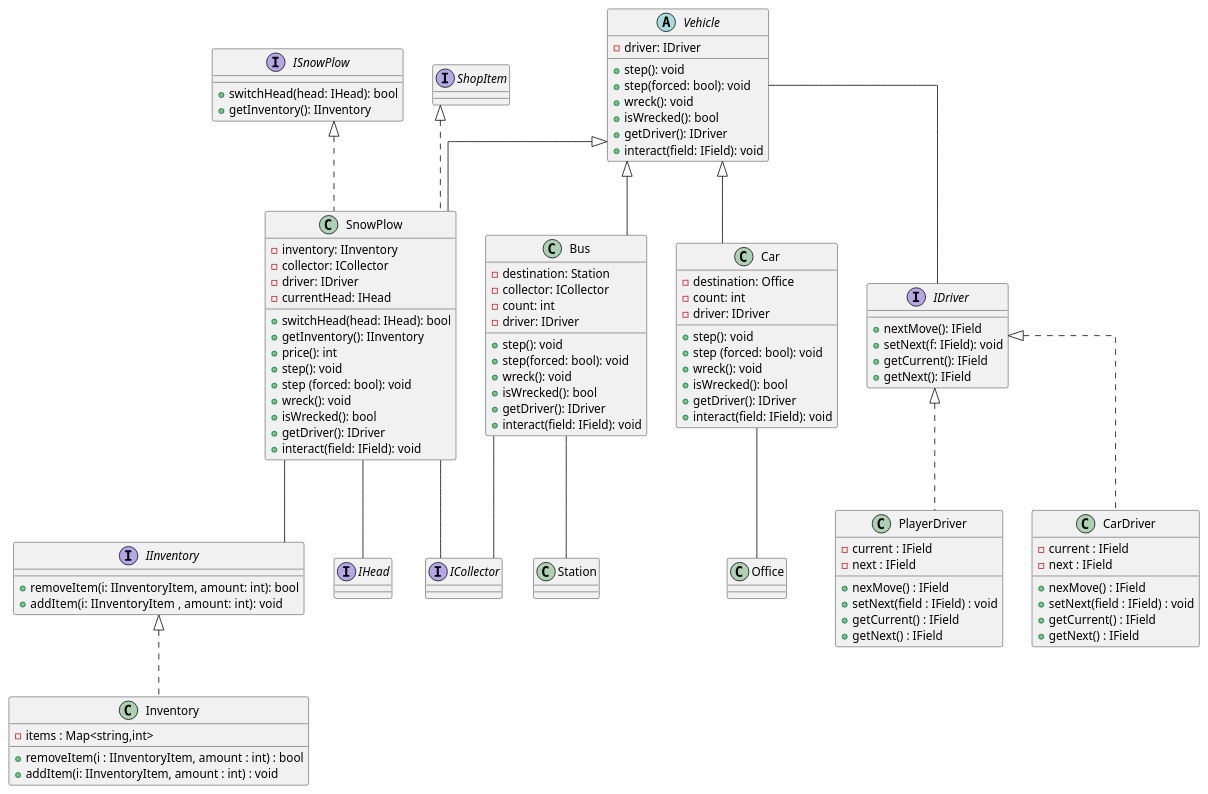
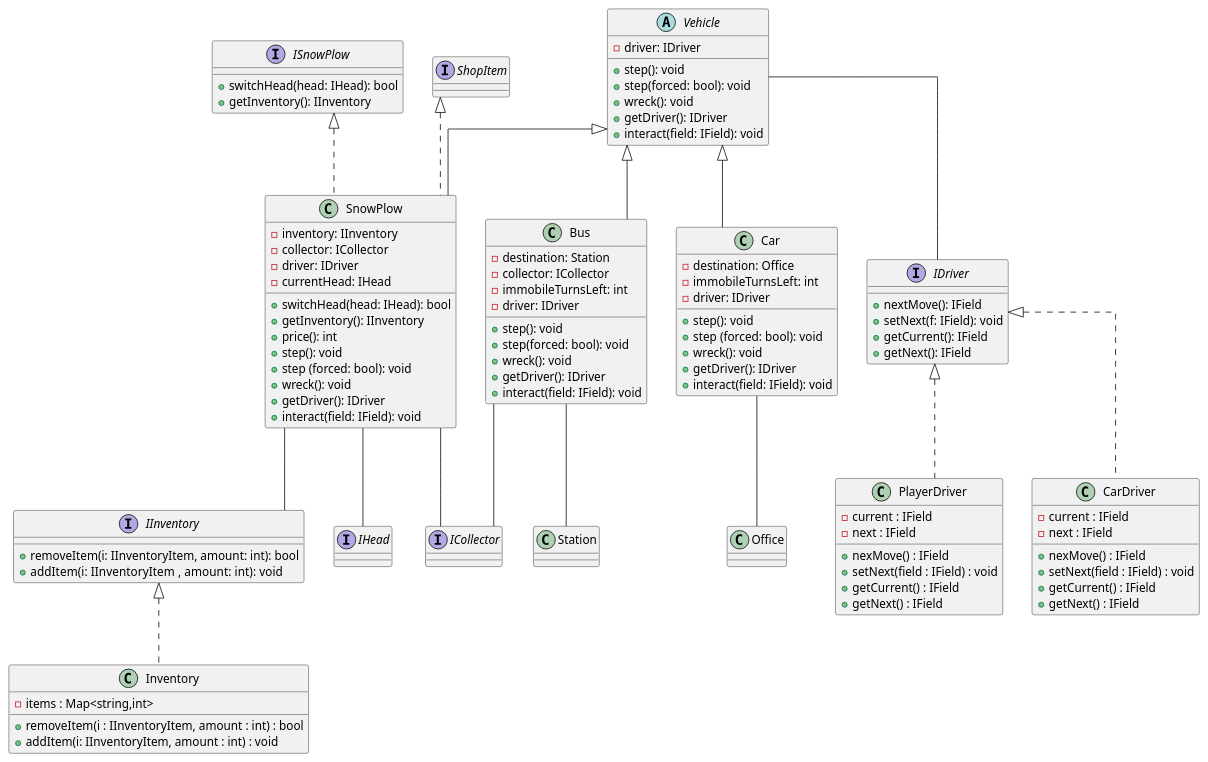
One commit to uhrinandor/spring changed the diagram in docs/analizis1/classdiagram/4.plantuml. Above: the diagram before and after it, drawn with PlantUML. The commit also changed 2 other files, not shown here.

Commit message:
class-diagram fix

```diff
--- a/docs/analizis1/classdiagram/4.plantuml
+++ b/docs/analizis1/classdiagram/4.plantuml
@@ -1,117 +1,113 @@
 @startuml "fields"
 skinparam linetype ortho
 
 interface "ICollector"
 interface "IHead"
 
   interface IDriver{
        + nextMove(): IField
        + setNext(f: IField): void
        + getCurrent(): IField
        + getNext(): IField
 }
 
    abstract class Vehicle {
        - driver: IDriver
        + step(): void
        + step(forced: bool): void
        + wreck(): void
-       + isWrecked(): bool
        + getDriver(): IDriver
        + interact(field: IField): void
    }
 
     Vehicle -- IDriver
    
        interface IInventory{
            + removeItem(i: IInventoryItem, amount: int): bool
            + addItem(i: IInventoryItem  , amount: int): void
        }
 
   interface ISnowPlow{
            +switchHead(head: IHead): bool
            +getInventory(): IInventory
        }
        
     class SnowPlow extends Vehicle implements ISnowPlow, ShopItem
     {
     -inventory: IInventory
     -collector: ICollector
     -driver: IDriver
     -currentHead: IHead
     +switchHead(head: IHead): bool
     +getInventory(): IInventory
     +price(): int
     +step(): void
     +step (forced: bool): void
     +wreck(): void
-    +isWrecked(): bool
     +getDriver(): IDriver
     +interact(field: IField): void
     }
 
     SnowPlow -- IInventory
     SnowPlow -- ICollector
     SnowPlow -- IHead
 
 
     class Bus extends Vehicle
     {
     -destination: Station
     -collector: ICollector
-    -count: int
+    -immobileTurnsLeft: int
     -driver: IDriver
     +step(): void
     +step(forced: bool): void
     +wreck(): void
-    +isWrecked(): bool
     +getDriver(): IDriver
     +interact(field: IField): void
     }
     
     Bus -- Station
     Bus -- ICollector
 
 
     class Inventory implements IInventory{
         - items : Map<string,int>
         + removeItem(i : IInventoryItem, amount : int) : bool
         + addItem(i: IInventoryItem, amount : int) : void
     }
 
 
     class Car extends Vehicle
     {
     -destination: Office
-    -count: int
+    -immobileTurnsLeft: int
     -driver: IDriver
     +step(): void
     +step (forced: bool): void
     +wreck(): void
-    +isWrecked(): bool
     +getDriver(): IDriver
     +interact(field: IField): void
     }
     
     Car -- Office
 
 
     class CarDriver implements IDriver{
         - current : IField
         - next : IField
         + nexMove() : IField
         + setNext(field : IField) : void
         + getCurrent() : IField
         + getNext() : IField
     }
 
     class PlayerDriver implements IDriver{
         - current : IField
         - next : IField
         + nexMove() : IField
         + setNext(field : IField) : void
         + getCurrent() : IField
         + getNext() : IField
     }
 
 @enduml
```
